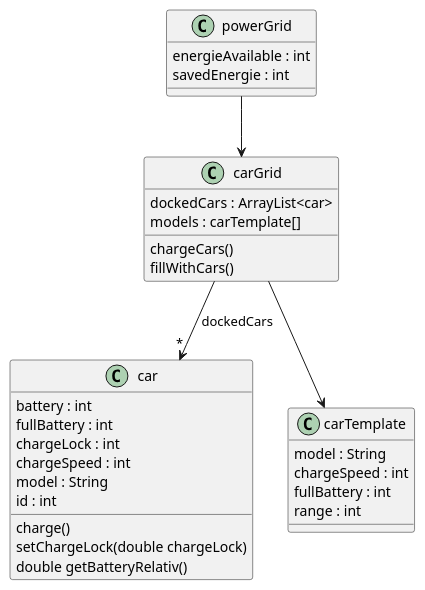
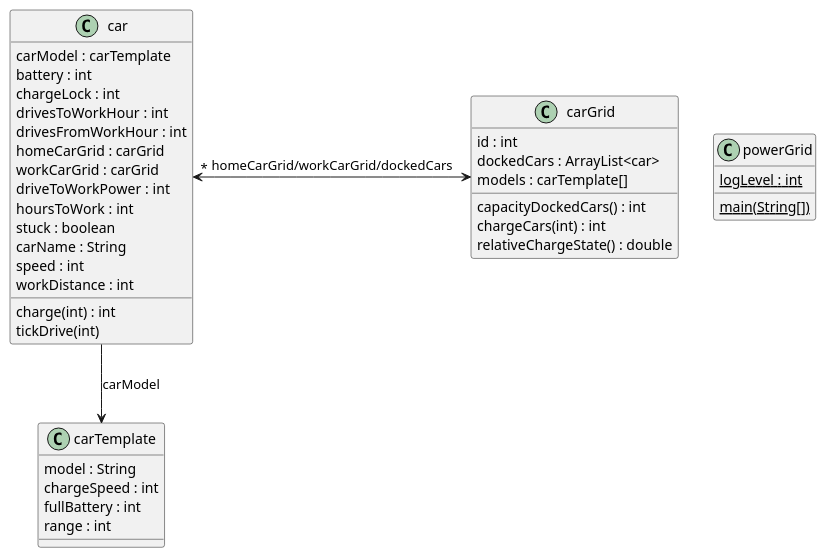
One commit to MrGeorgen/v2g changed the diagram in class_diagram_custom.plantuml. Above: the diagram before and after it, drawn with PlantUML.

Commit message:
uml diagram

```diff
--- a/class_diagram_custom.plantuml
+++ b/class_diagram_custom.plantuml
@@ -1,38 +1,45 @@
 @startuml
 
 class "car" {
+  carModel : carTemplate
   battery : int
-  fullBattery : int
   chargeLock : int
-  chargeSpeed : int
-  model : String
-  id : int
-  charge()
-  setChargeLock(double chargeLock)
-  double getBatteryRelativ()
+  drivesToWorkHour : int
+  drivesFromWorkHour : int
+  homeCarGrid : carGrid
+  workCarGrid : carGrid
+  driveToWorkPower : int
+  hoursToWork : int
+  stuck : boolean
+  carName : String
+  speed : int
+  workDistance : int
+  charge(int) : int
+  tickDrive(int)
 }
 
 class "carGrid" {
+  id : int
   dockedCars : ArrayList<car>
   models : carTemplate[]
-  chargeCars()
-  fillWithCars()
+  capacityDockedCars() : int
+  chargeCars(int) : int
+  relativeChargeState() : double
 }
 
 class "carTemplate" {
   model : String
   chargeSpeed : int
   fullBattery : int
   range : int
 }
 
 class "powerGrid" {
-  energieAvailable : int
-  savedEnergie : int
+  {static} logLevel : int
+  {static} main(String[])
 }
 
-"carGrid" --> "*" "car" : dockedCars
-"powerGrid" --> "carGrid"
-"carGrid" --> "carTemplate"
+"car" "*" <-> "carGrid" : homeCarGrid/workCarGrid/dockedCars
+"car" --> "carTemplate" : carModel
 
 @enduml
```
